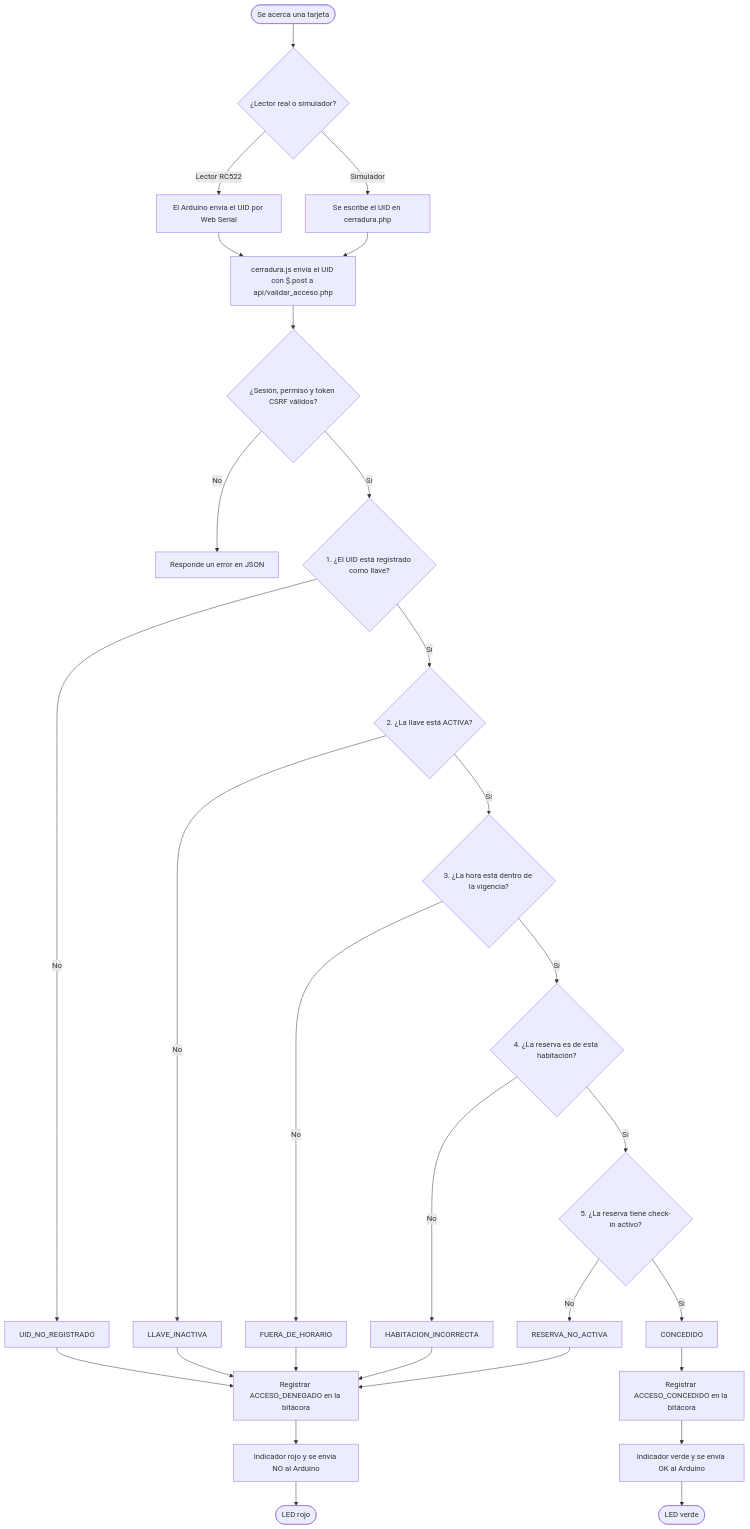
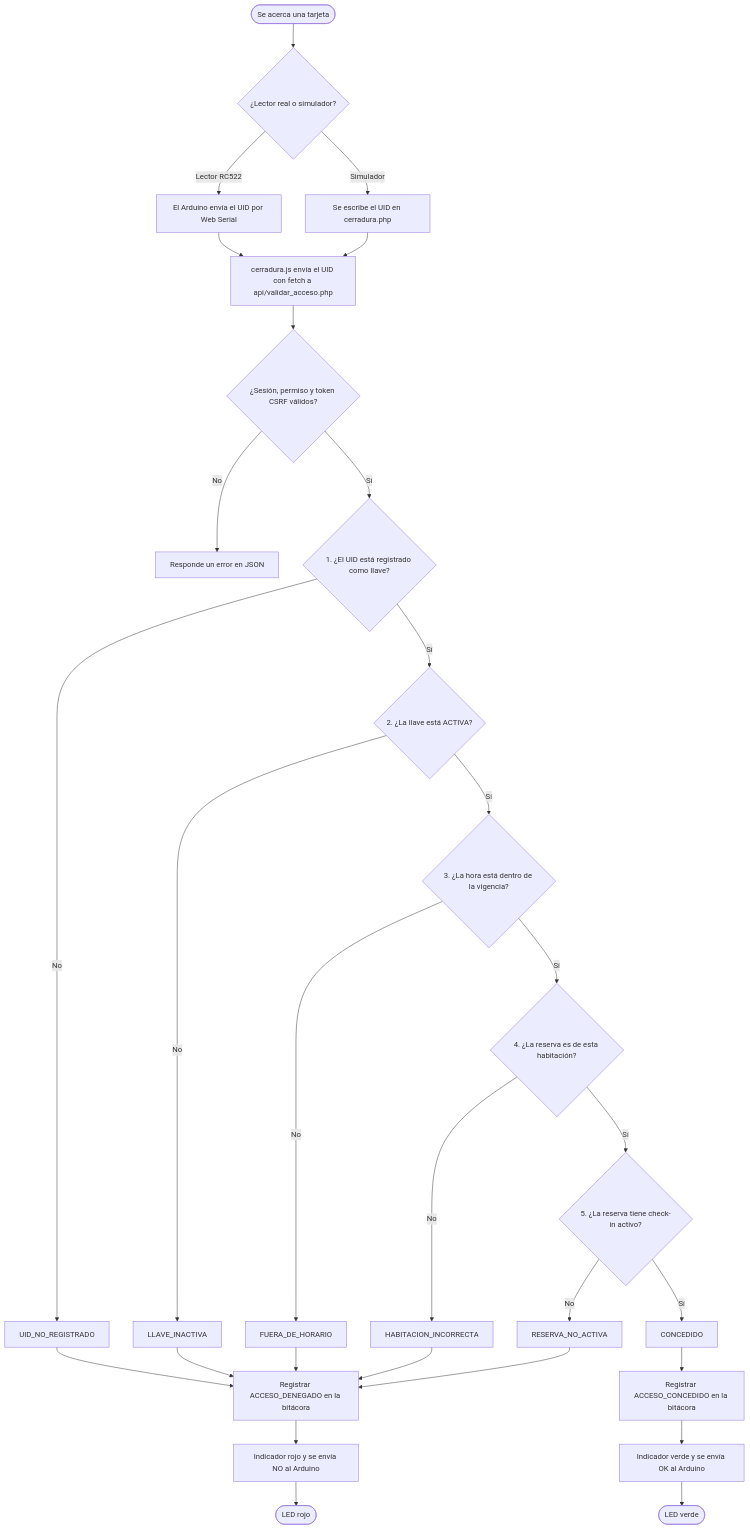
Before and after one commit to David22x/hotel-rfid-web: the first of 2 diagrams in docs/diagramas/flujo-cerradura.md, drawn with Mermaid. The commit also changed other lines of this file and 64 other files, not shown here.

````diff
--- a/docs/diagramas/flujo-cerradura.md
+++ b/docs/diagramas/flujo-cerradura.md
@@ -6,31 +6,31 @@
 ```mermaid
 flowchart TD
     A([Se acerca una tarjeta]) --> B{¿Lector real o simulador?}
     B -- Lector RC522 --> C[El Arduino envía el UID por Web Serial]
     B -- Simulador --> D[Se escribe el UID en cerradura.php]
-    C --> E[cerradura.js envía el UID con $.post a api/validar_acceso.php]
+    C --> E[cerradura.js envía el UID con fetch a api/validar_acceso.php]
     D --> E
     E --> V{¿Sesión, permiso y token CSRF válidos?}
     V -- No --> ERR[Responde un error en JSON]
     V -- Sí --> F{1. ¿El UID está registrado como llave?}
     F -- No --> X1[UID_NO_REGISTRADO]
     F -- Sí --> G{2. ¿La llave está ACTIVA?}
     G -- No --> X2[LLAVE_INACTIVA]
     G -- Sí --> H{3. ¿La hora está dentro de la vigencia?}
     H -- No --> X3[FUERA_DE_HORARIO]
     H -- Sí --> I{4. ¿La reserva es de esta habitación?}
     I -- No --> X4[HABITACION_INCORRECTA]
     I -- Sí --> J{5. ¿La reserva tiene check-in activo?}
     J -- No --> X5[RESERVA_NO_ACTIVA]
     J -- Sí --> OK[CONCEDIDO]
     X1 --> N[Registrar ACCESO_DENEGADO en la bitácora]
     X2 --> N
     X3 --> N
     X4 --> N
     X5 --> N
     OK --> P[Registrar ACCESO_CONCEDIDO en la bitácora]
     N --> Q[Indicador rojo y se envía NO al Arduino]
     P --> R[Indicador verde y se envía OK al Arduino]
     Q --> S([LED rojo])
     R --> T([LED verde])
 ```
````
